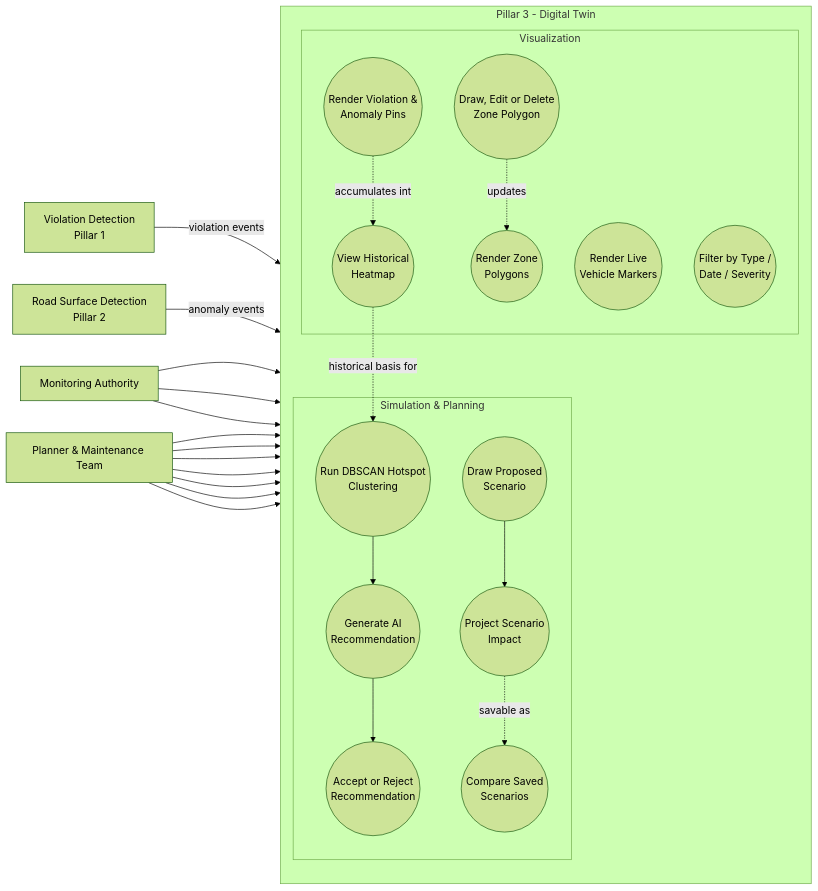
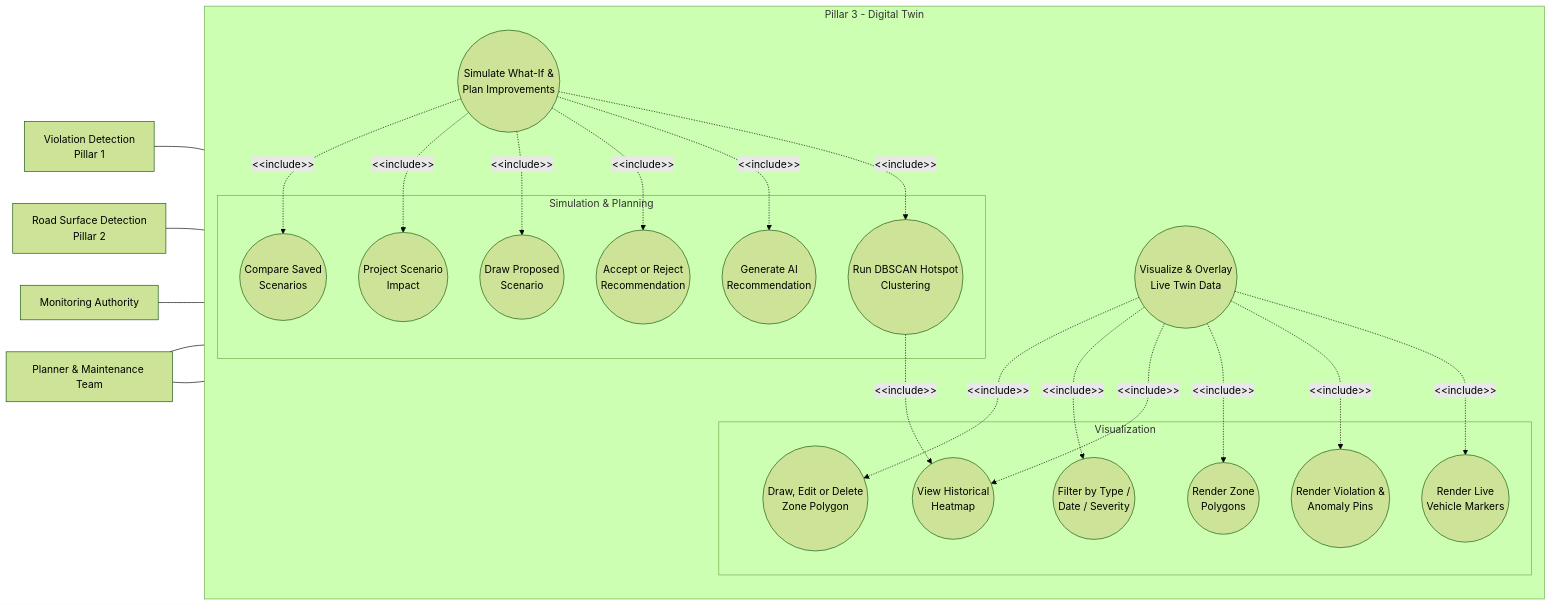
Before and after one commit to DevWithPranav/main-project: the diagram in docs/diagrams/01b_Use_Case_Diagram_Digital_Twin.md, drawn with Mermaid (forest theme). The commit also changed other lines of this file and 3 other files, not shown here.

Commit message:
Update use case diagrams with enhanced notation and structure for clarity

````diff
--- a/docs/diagrams/01b_Use_Case_Diagram_Digital_Twin.md
+++ b/docs/diagrams/01b_Use_Case_Diagram_Digital_Twin.md
@@ -28,49 +28,54 @@
 ```mermaid
 flowchart LR
     P1[Violation Detection<br/>Pillar 1]
     P2[Road Surface Detection<br/>Pillar 2]
     MON[Monitoring Authority]
     PLN[Planner & Maintenance Team]
 
     subgraph SYS[Pillar 3 - Digital Twin]
         direction TB
+        UC5(( Visualize & Overlay<br/>Live Twin Data ))
+        UC6(( Simulate What-If &<br/>Plan Improvements ))
 
         subgraph VIS[Visualization]
             V1(( Render Live<br/>Vehicle Markers ))
             V2(( Render Violation &<br/>Anomaly Pins ))
             V3(( Render Zone<br/>Polygons ))
             V4(( View Historical<br/>Heatmap ))
             V5(( Filter by Type /<br/>Date / Severity ))
             V6(( Draw, Edit or Delete<br/>Zone Polygon ))
         end
 
         subgraph SIM[Simulation & Planning]
             S1(( Run DBSCAN Hotspot<br/>Clustering ))
             S2(( Generate AI<br/>Recommendation ))
             S3(( Accept or Reject<br/>Recommendation ))
             S4(( Draw Proposed<br/>Scenario ))
             S5(( Project Scenario<br/>Impact ))
             S6(( Compare Saved<br/>Scenarios ))
         end
     end
 
-    P1 -- "violation events" --> V2
-    P2 -- "anomaly events" --> V2
-    V2 -.accumulates into.-> V4
-    V6 -.updates.-> V3
-    S1 --> S2 --> S3
-    S4 --> S5 -.savable as.-> S6
-    V4 -.historical basis for.-> S1
+    UC5 -. "&lt;&lt;include&gt;&gt;" .-> V1
+    UC5 -. "&lt;&lt;include&gt;&gt;" .-> V2
+    UC5 -. "&lt;&lt;include&gt;&gt;" .-> V3
+    UC5 -. "&lt;&lt;include&gt;&gt;" .-> V4
+    UC5 -. "&lt;&lt;include&gt;&gt;" .-> V5
+    UC5 -. "&lt;&lt;include&gt;&gt;" .-> V6
 
-    MON --> V1
-    MON --> V2
-    MON --> V5
+    UC6 -. "&lt;&lt;include&gt;&gt;" .-> S1
+    UC6 -. "&lt;&lt;include&gt;&gt;" .-> S2
+    UC6 -. "&lt;&lt;include&gt;&gt;" .-> S3
+    UC6 -. "&lt;&lt;include&gt;&gt;" .-> S4
+    UC6 -. "&lt;&lt;include&gt;&gt;" .-> S5
+    UC6 -. "&lt;&lt;include&gt;&gt;" .-> S6
 
-    PLN --> V3
-    PLN --> V4
-    PLN --> V5
-    PLN --> V6
-    PLN --> S3
-    PLN --> S4
-    PLN --> S6
+    S1 -. "&lt;&lt;include&gt;&gt;" .-> V4
+
+    P1 --- V2
+    P2 --- V2
+
+    MON --- UC5
+    PLN --- UC5
+    PLN --- UC6
 ```
````
